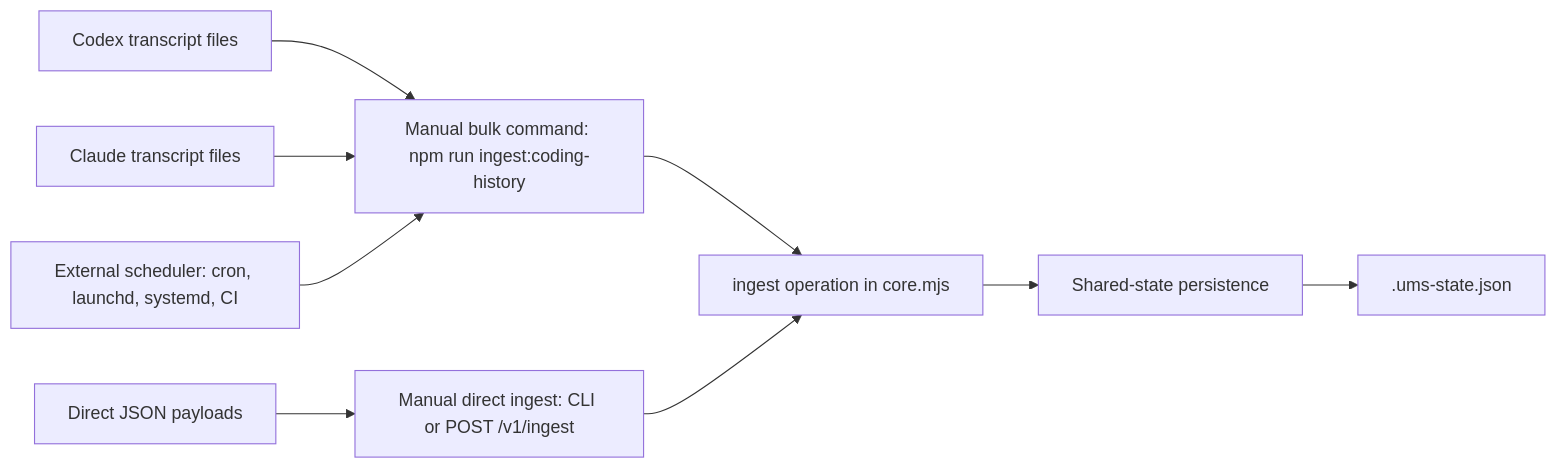
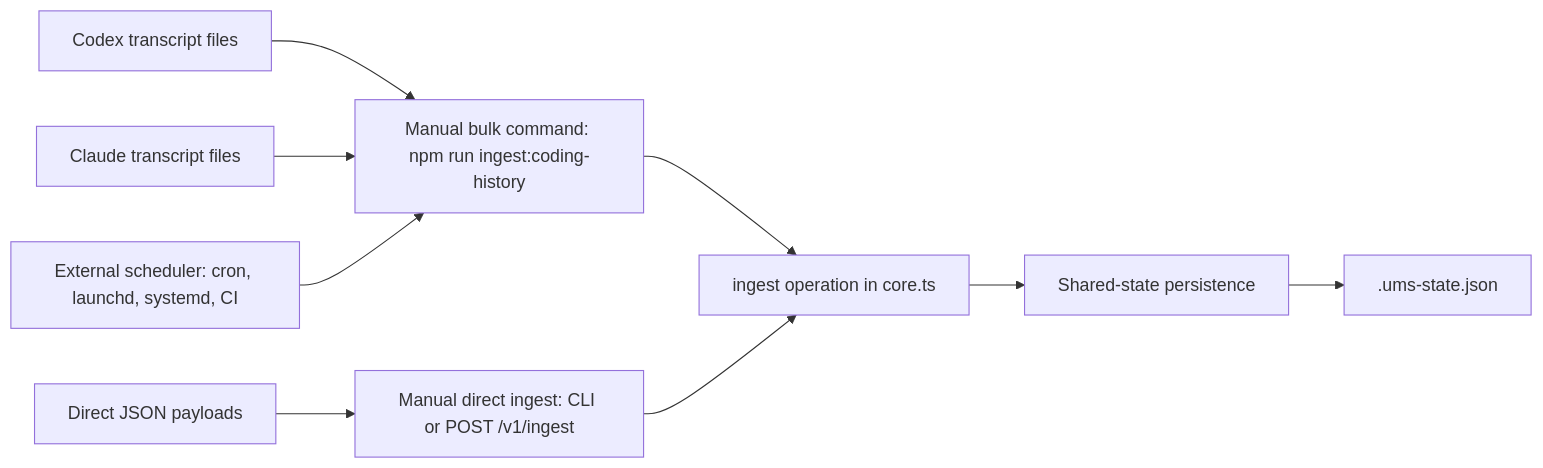
One commit to BleedingDev/ums-memory changed the fourth of 4 diagrams in docs/system-diagram.md. Above: the diagram before and after it, drawn with Mermaid. The commit also changed other lines of this file and 17 other files, not shown here.

````diff
--- a/docs/system-diagram.md
+++ b/docs/system-diagram.md
@@ -90,21 +90,21 @@
 ```mermaid
 flowchart LR
   S1["Codex transcript files"]
   S2["Claude transcript files"]
   S3["Direct JSON payloads"]
   M1["Manual bulk command: npm run ingest:coding-history"]
   M2["Manual direct ingest: CLI or POST /v1/ingest"]
   A1["External scheduler: cron, launchd, systemd, CI"]
-  I1["ingest operation in core.mjs"]
+  I1["ingest operation in core.ts"]
   P1["Shared-state persistence"]
   F1[".ums-state.json"]
 
   S1 --> M1
   S2 --> M1
   S3 --> M2
   A1 --> M1
   M1 --> I1
   M2 --> I1
   I1 --> P1
   P1 --> F1
 ```
````
